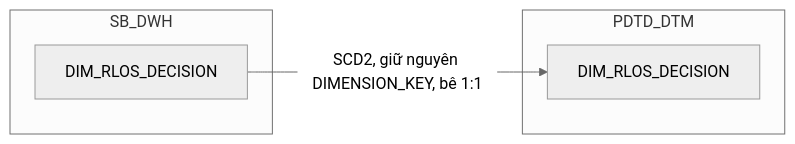
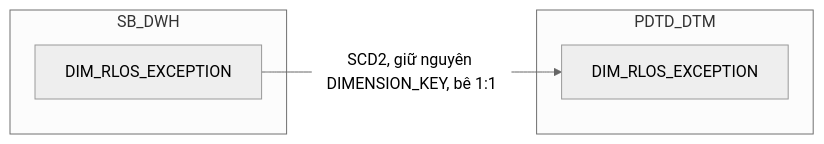
Diagram 13 of 18 in hld/hld_review/HLD_DIM_PDTD_DTM_review.md (chien1198/sb-mapping-gen), drawn with Mermaid (neutral theme) before and after one commit. The commit also changed other lines of this file and 183 other files, not shown here.

````diff
--- a/hld/hld_review/HLD_DIM_PDTD_DTM_review.md
+++ b/hld/hld_review/HLD_DIM_PDTD_DTM_review.md
@@ -727,10 +569,10 @@
 ```mermaid
 flowchart LR
     subgraph SB_DWH
-        D["DIM_RLOS_DECISION"]
+        D["DIM_RLOS_EXCEPTION"]
     end
     subgraph PDTD_DTM
-        E["DIM_RLOS_DECISION"]
+        E["DIM_RLOS_EXCEPTION"]
     end
     D -->|SCD2, giữ nguyên DIMENSION_KEY, bê 1:1| E
 ```
````
